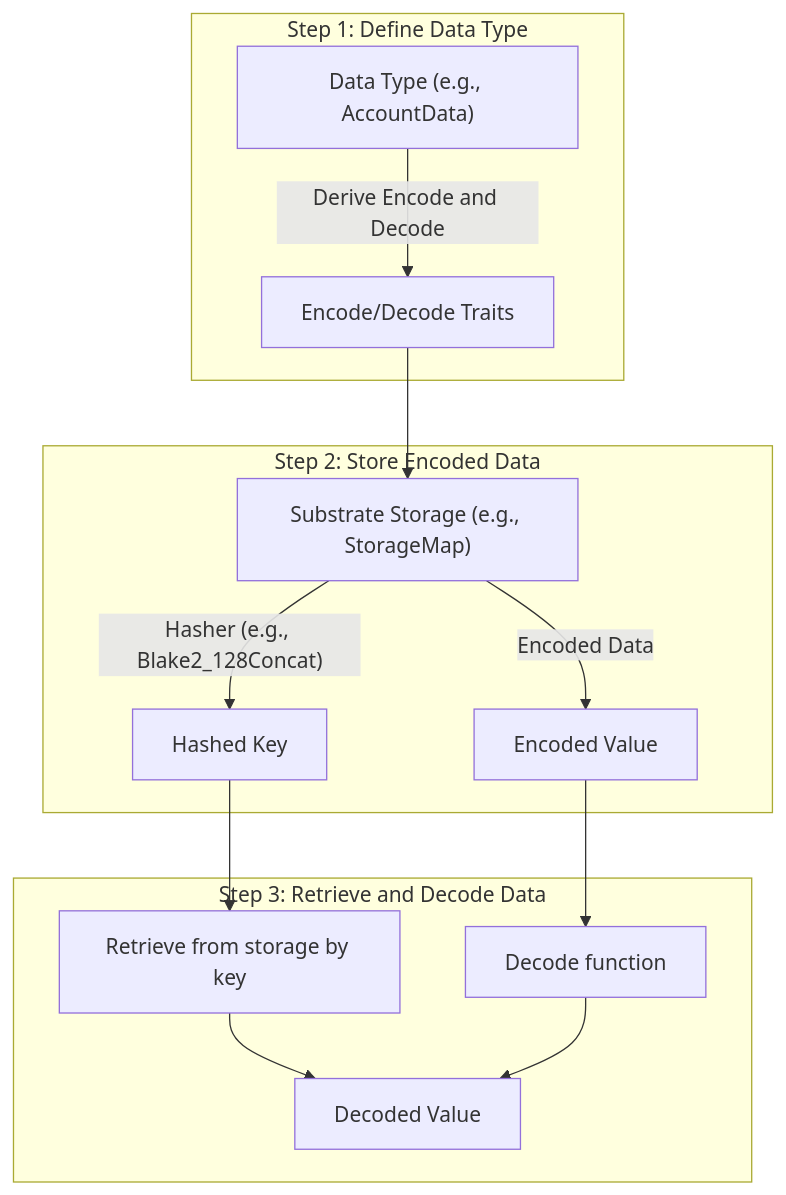
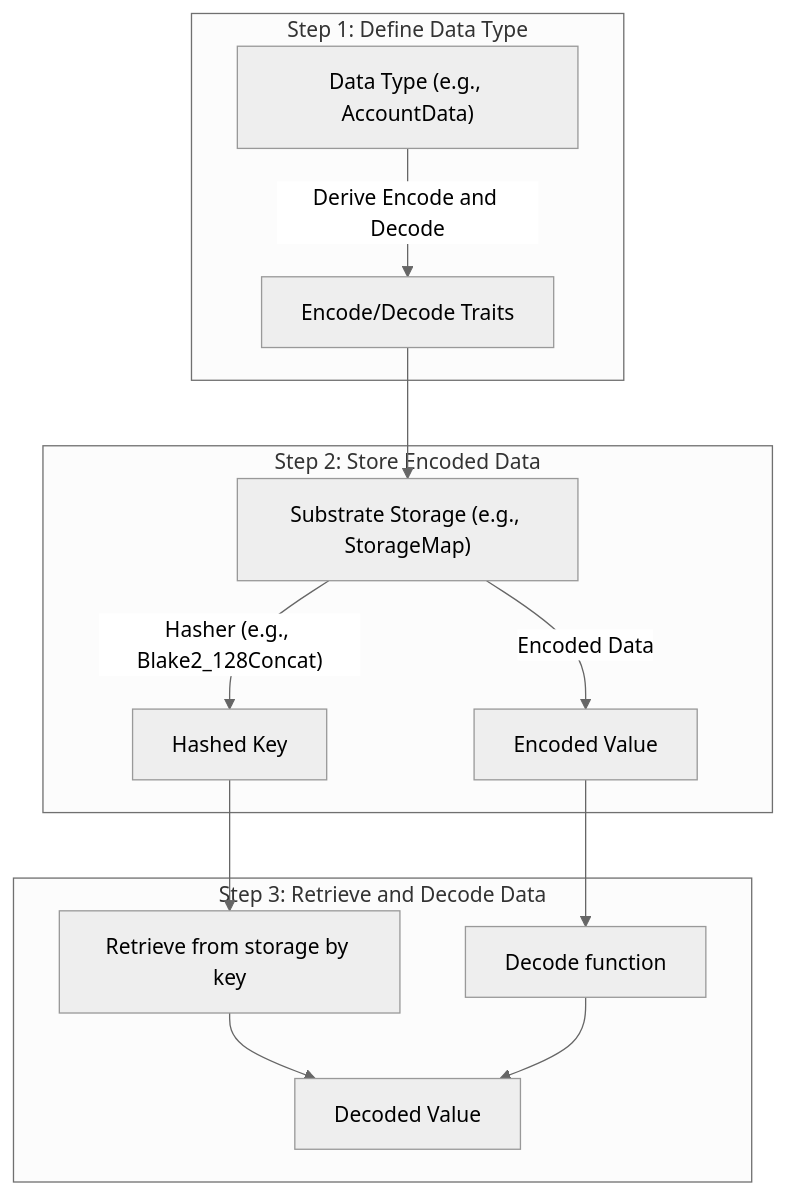
Before and after one commit to wentelteefje/parity-scale-codec-page: the diagram in content/docs/encode.md, drawn with Mermaid. The commit also changed other lines of this file and 3 other files, not shown here.

```diff
--- a/content/docs/encode.md
+++ b/content/docs/encode.md
@@ -372,20 +376,20 @@
 {{<mermaid>}}
+%%{init: {'theme':'neutral'}}%%
 flowchart TB
-
 subgraph Step1[Step 1: Define Data Type]
     DataType["Data Type (e.g., AccountData)"] -->|Derive Encode and Decode| EncDec[Encode/Decode Traits]
 end
 
 subgraph Step2[Step 2: Store Encoded Data]
     EncDec --> Storage["Substrate Storage (e.g., StorageMap)"]
     Storage -->|"Hasher (e.g., Blake2_128Concat)"| HashedKey[Hashed Key]
     Storage -->|Encoded Data| EncodedValue[Encoded Value]
 end
 
 subgraph Step3[Step 3: Retrieve and Decode Data]
     HashedKey --> Retrieve[Retrieve from storage by key]
     Retrieve --> DecodedValue[Decoded Value]
     EncodedValue --> Decode[Decode function]
     Decode --> DecodedValue
 end
 {{< /mermaid >}}
```
